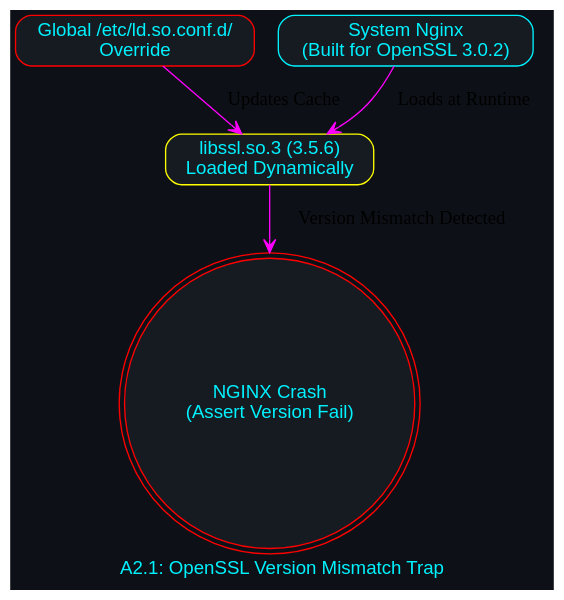
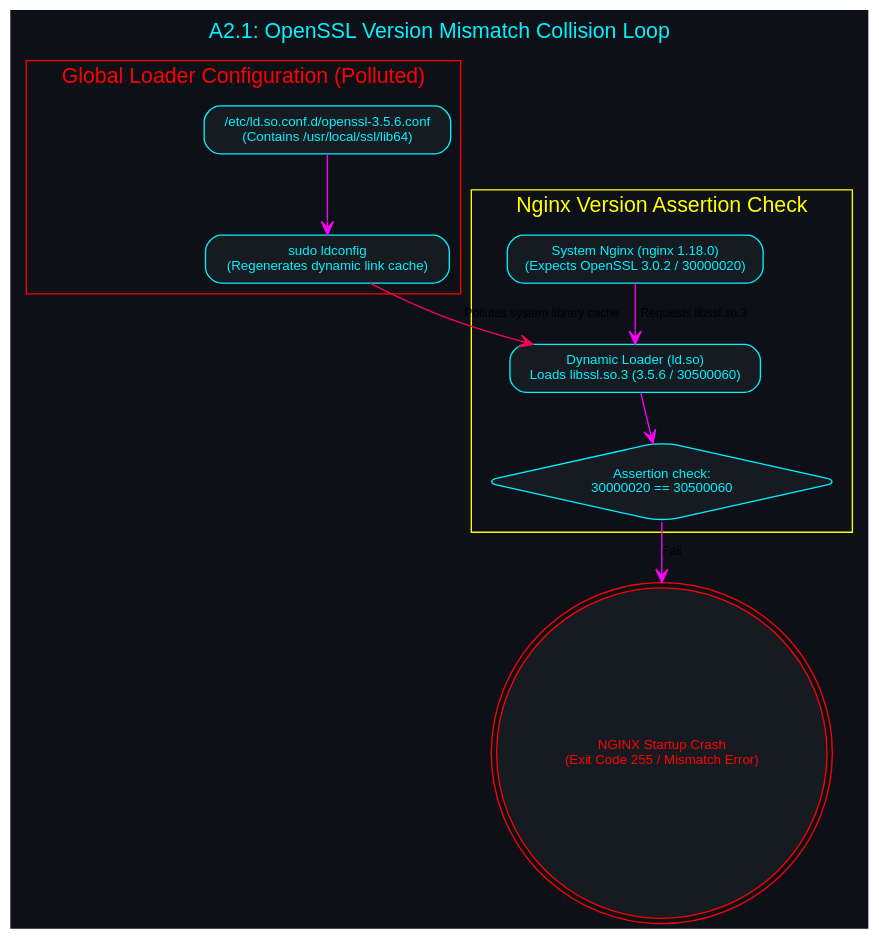
The diagram in diagrams/compilations/lesson_version_mismatch.dot (danindiana/hybrid-framework), drawn with Graphviz before and after one commit. The commit also changed 74 other files, not shown here.

Commit message:
docs: expand compilation diagrams to include detailed subgraphs and annotations

```diff
--- a/diagrams/compilations/lesson_version_mismatch.dot
+++ b/diagrams/compilations/lesson_version_mismatch.dot
@@ -1,14 +1,30 @@
 digraph LessonMismatch {
-        graph [bgcolor="#0d1117", fontname="Helvetica", fontcolor="#00f2ff", label="A2.1: OpenSSL Version Mismatch Trap"];
-        node [shape=box, style="filled,rounded", color="#00f2ff", fontcolor="#00f2ff", fillcolor="#161b22", fontname="Helvetica"];
-        edge [color="#ff00ff", arrowhead=vee];
+        graph [bgcolor="#0d1117", fontname="Helvetica", fontcolor="#00f2ff", label="A2.1: OpenSSL Version Mismatch Collision Loop", labelloc="t", fontsize=16];
+        node [shape=box, style="filled,rounded", color="#00f2ff", fontcolor="#00f2ff", fillcolor="#161b22", fontname="Helvetica", fontsize=10];
+        edge [color="#ff00ff", arrowhead=vee, fontname="Helvetica", fontsize=9];
 
-        Global_Ld [label="Global /etc/ld.so.conf.d/\nOverride", color="#ff0000"];
-        System_Nginx [label="System Nginx\n(Built for OpenSSL 3.0.2)"];
-        New_Lib [label="libssl.so.3 (3.5.6)\nLoaded Dynamically", color="#ffff00"];
-        Crash [label="NGINX Crash\n(Assert Version Fail)", shape=doublecircle, color="#ff0000"];
+        subgraph cluster_ldconfig_pollution {
+            label = "Global Loader Configuration (Polluted)";
+            color = "#ff0000";
+            fontcolor = "#ff0000";
+            Ld_Conf_File [label="/etc/ld.so.conf.d/openssl-3.5.6.conf\n(Contains /usr/local/ssl/lib64)"];
+            Ldconfig_Cmd [label="sudo ldconfig\n(Regenerates dynamic link cache)"];
+            Ld_Conf_File -> Ldconfig_Cmd;
+        }
 
-        Global_Ld -> New_Lib [label="Updates Cache"];
-        System_Nginx -> New_Lib [label="Loads at Runtime"];
-        New_Lib -> Crash [label="Version Mismatch Detected"];
+        subgraph cluster_version_check {
+            label = "Nginx Version Assertion Check";
+            color = "#ffff00";
+            fontcolor = "#ffff00";
+            System_Nginx [label="System Nginx (nginx 1.18.0)\n(Expects OpenSSL 3.0.2 / 30000020)"];
+            Ld_Cache_Load [label="Dynamic Loader (ld.so)\nLoads libssl.so.3 (3.5.6 / 30500060)"];
+            Assert_Compare [label="Assertion check:\n30000020 == 30500060", shape=diamond];
+            System_Nginx -> Ld_Cache_Load [label="Requests libssl.so.3"];
+            Ld_Cache_Load -> Assert_Compare;
+        }
+
+        Crash_Node [label="NGINX Startup Crash\n(Exit Code 255 / Mismatch Error)", shape=doublecircle, color="#ff0000", fontcolor="#ff0000"];
+        Assert_Compare -> Crash_Node [label="Fail"];
+
+        Ldconfig_Cmd -> Ld_Cache_Load [label="Pollutes system library cache", color="#ff0055"];
     }
```
